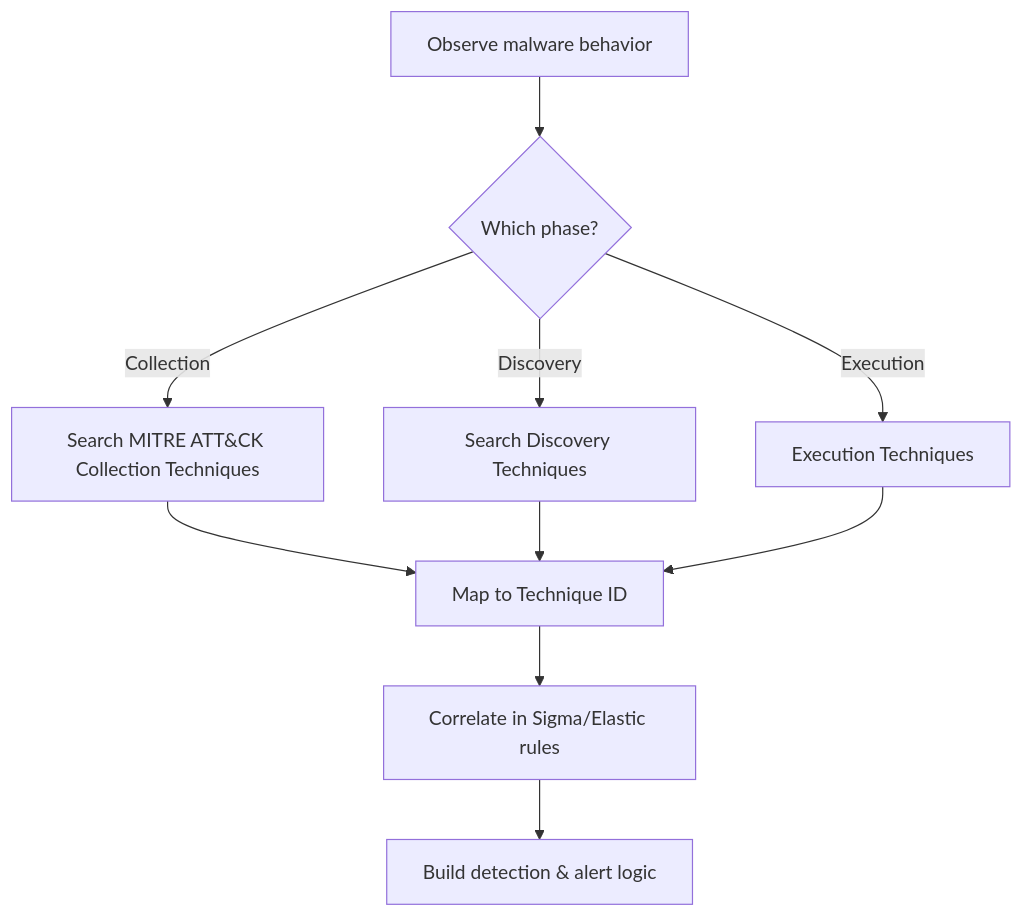
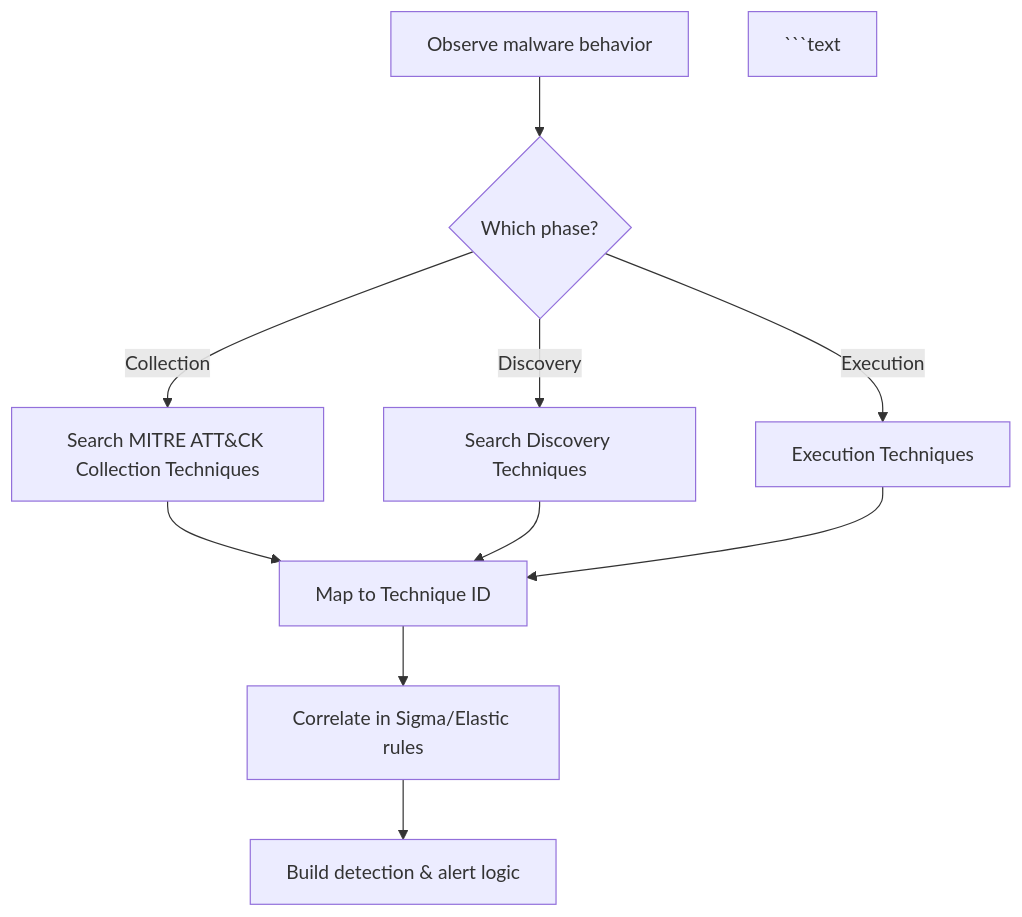
One commit to zerotume/sec_notes changed the diagram in examples/mitre_mapping_cheatsheet.md. Above: the diagram before and after it, drawn with Mermaid. The commit also changed other lines of this file, not shown here.

Commit message:
preview with mermaid

````diff
--- a/examples/mitre_mapping_cheatsheet.md
+++ b/examples/mitre_mapping_cheatsheet.md
@@ -91,12 +91,16 @@
 ```mermaid
 graph TD;
     A[Observe malware behavior] --> B{Which phase?};
     B -->|Collection| C[Search MITRE ATT&CK Collection Techniques];
     B -->|Discovery| D[Search Discovery Techniques];
     B -->|Execution| E[Execution Techniques];
     C --> F[Map to Technique ID];
     D --> F;
     E --> F;
     F --> G[Correlate in Sigma/Elastic rules];
     G --> H[Build detection & alert logic];
+
+
+
+```text
 ```
````
